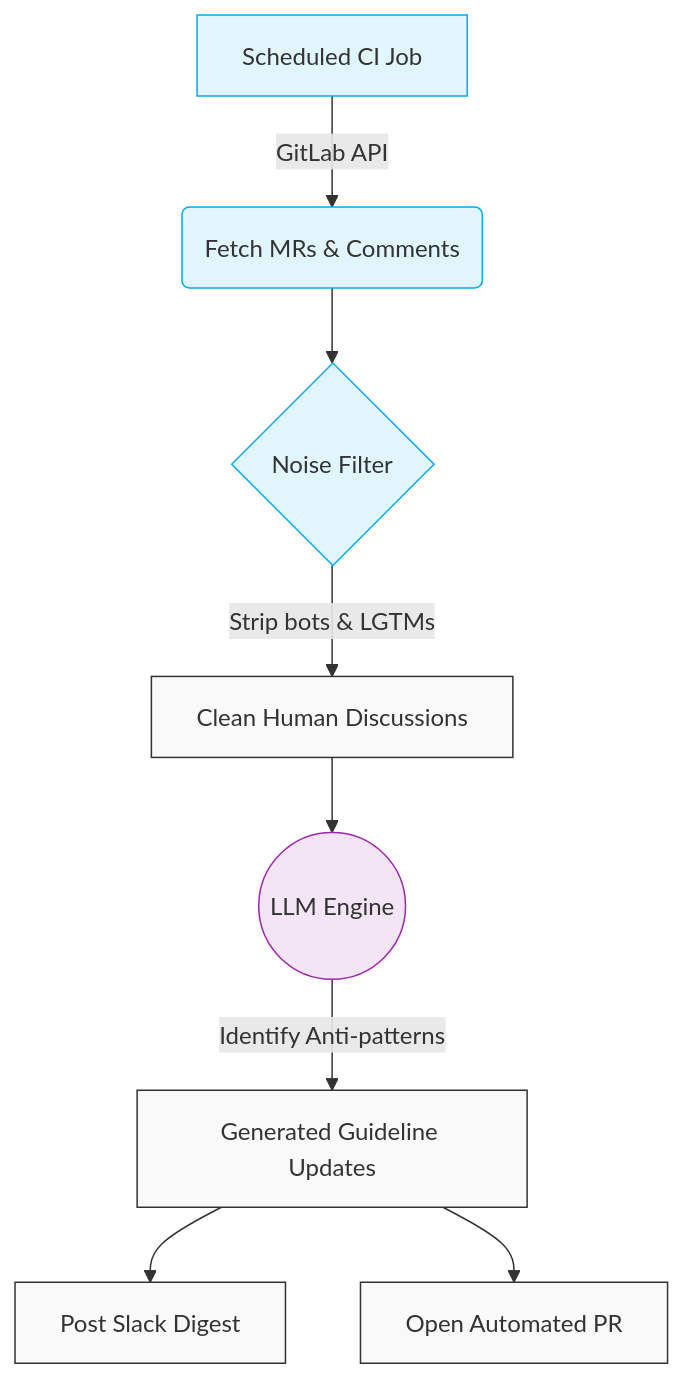
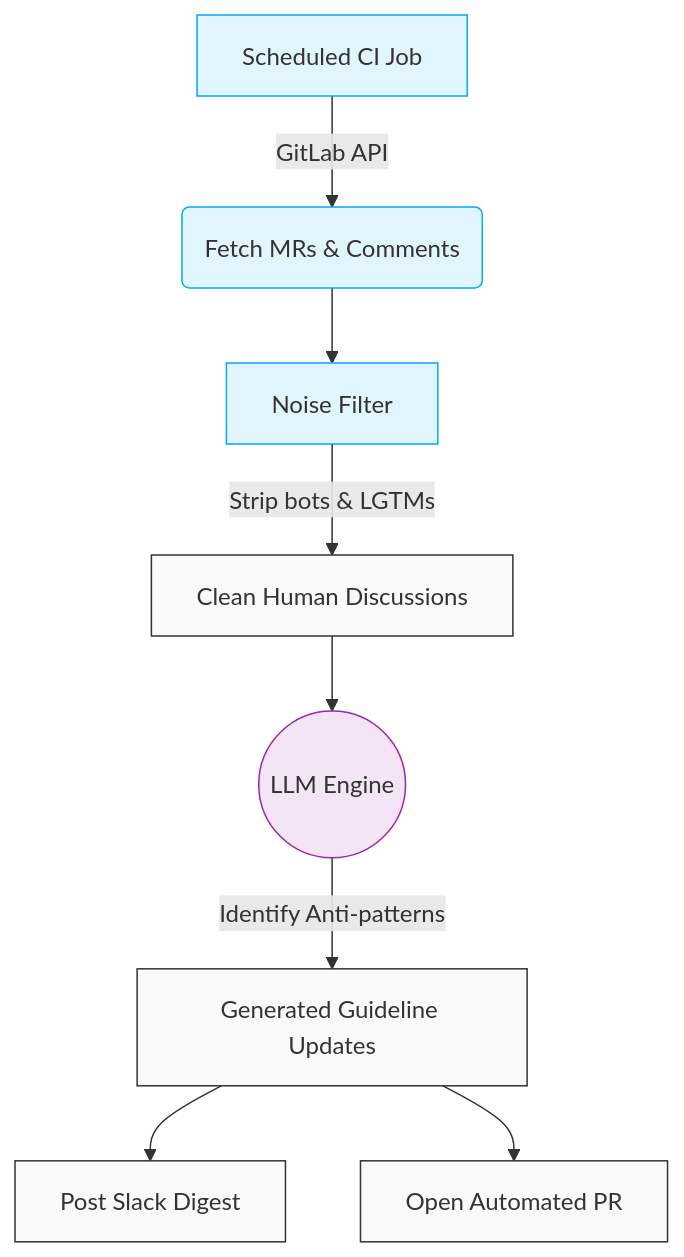
The diagram in src/content/blog/self-healing-engineering-culture.md (rakesh1988/mobile-infra-blog), drawn with Mermaid before and after one commit.

Commit message:
Change noise filter shape to rectangle in mermaid diagram

````diff
--- a/src/content/blog/self-healing-engineering-culture.md
+++ b/src/content/blog/self-healing-engineering-culture.md
@@ -19,19 +19,19 @@
 ```mermaid
 graph TD
     A[Scheduled CI Job] -->|GitLab API| B(Fetch MRs & Comments)
-    B --> C{Noise Filter}
+    B --> C[Noise Filter]
     C -->|Strip bots & LGTMs| D[Clean Human Discussions]
     D --> E((LLM Engine))
     E -->|Identify Anti-patterns| F[Generated Guideline Updates]
     F --> G[Post Slack Digest]
     F --> H[Open Automated PR]
     
     classDef default fill:#f9f9f9,stroke:#333,stroke-width:1px;
     classDef process fill:#e1f5fe,stroke:#03a9f4;
     classDef ai fill:#f3e5f5,stroke:#9c27b0;
     
     A:::process
     B:::process
     C:::process
     E:::ai
 ```
````
